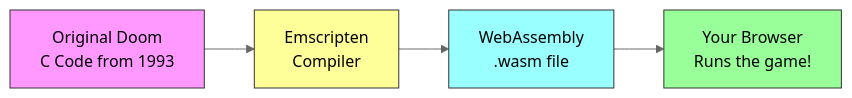
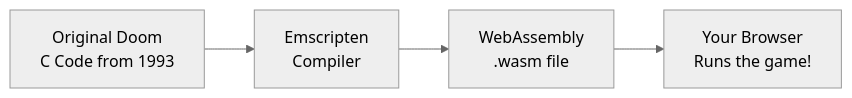
One commit to GithubAnant/doomtcha changed the first of 11 diagrams in opus-docs/doom-wasm-explained.md. Above: the diagram before and after it, drawn with Mermaid (neutral theme). The commit also changed other lines of this file, not shown here.

Commit message:
refactor: remove explicit styling from Mermaid diagrams in documentation

````diff
--- a/opus-docs/doom-wasm-explained.md
+++ b/opus-docs/doom-wasm-explained.md
@@ -9,11 +9,8 @@
 ```mermaid
 flowchart LR
     A[Original Doom<br/>C Code from 1993] --> B[Emscripten<br/>Compiler]
     B --> C[WebAssembly<br/>.wasm file]
     C --> D[Your Browser<br/>Runs the game!]
 
-    style A fill:#f9f,stroke:#333
-    style B fill:#ff9,stroke:#333
-    style C fill:#9ff,stroke:#333
-    style D fill:#9f9,stroke:#333
+
 ```
````
